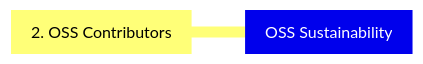
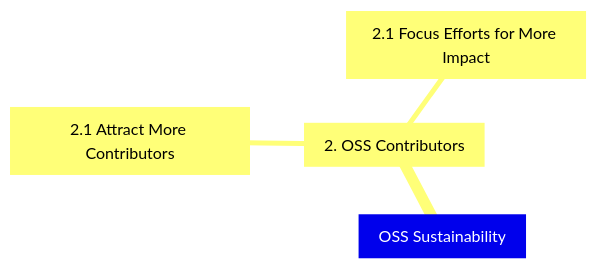
One commit to AWiderDotNET/home changed the second of 7 diagrams in README.md. Above: the diagram before and after it, drawn with Mermaid. The commit also changed other lines of this file, not shown here.

````diff
--- a/README.md
+++ b/README.md
@@ -40,5 +40,7 @@
 ```mermaid
 mindmap
   root[OSS Sustainability]
     2[2. OSS Contributors]
+      2.1[2.1 Attract More Contributors]
+      2.2[2.1 Focus Efforts for More Impact]
 ```
````
